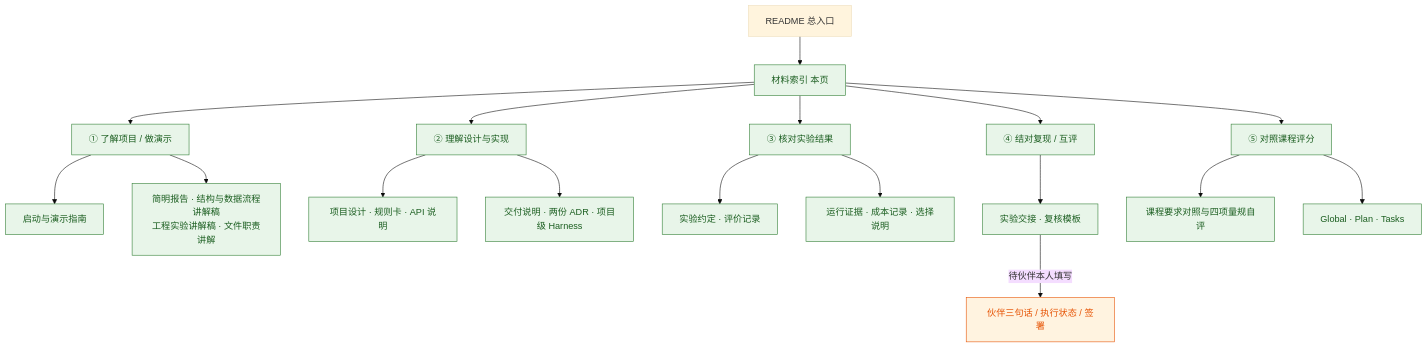
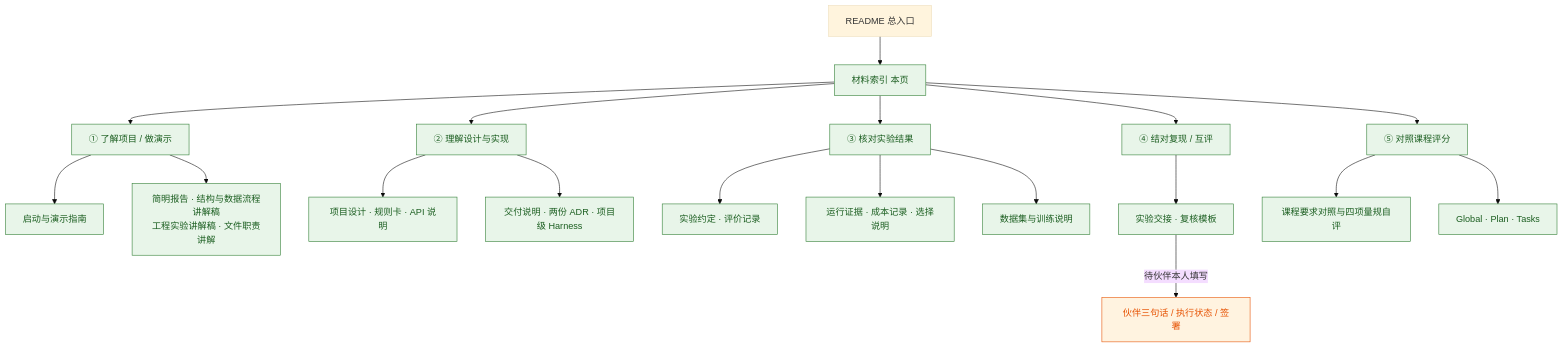
The diagram in docs/材料索引.md (xjh353/webAutoLog), drawn with Mermaid (base theme) before and after one commit. The commit also changed other lines of this file and 1 other file, not shown here.

Commit message:
docs: 补数据集与训练微调说明，满足表单其他项

````diff
--- a/docs/材料索引.md
+++ b/docs/材料索引.md
@@ -54,29 +54,30 @@
 ```mermaid
 flowchart TD
     R["README 总入口"] --> IDX["材料索引 本页"]
     IDX --> L1["① 了解项目 / 做演示"]
     IDX --> L2["② 理解设计与实现"]
     IDX --> L3["③ 核对实验结果"]
     IDX --> L4["④ 结对复现 / 互评"]
     IDX --> L5["⑤ 对照课程评分"]
 
     L1 --> P1["启动与演示指南"]
     L1 --> P2["简明报告 · 结构与数据流程讲解稿<br/>工程实验讲解稿 · 文件职责讲解"]
 
     L2 --> D1["项目设计 · 规则卡 · API 说明"]
     L2 --> D2["交付说明 · 两份 ADR · 项目级 Harness"]
 
     L3 --> E1["实验约定 · 评价记录"]
     L3 --> E2["运行证据 · 成本记录 · 选择说明"]
+    L3 --> E3["数据集与训练说明"]
 
     L4 --> C1["实验交接 · 复核模板"]
     C1 -->|待伙伴本人填写| C2["伙伴三句话 / 执行状态 / 签署"]
 
     L5 --> G1["课程要求对照与四项量规自评"]
     L5 --> G2["Global · Plan · Tasks"]
 
     classDef done fill:#e8f5e9,stroke:#2e7d32,color:#1b5e20;
     classDef todo fill:#fff3e0,stroke:#e65100,color:#e65100;
-    class IDX,L1,L2,L3,L4,L5,P1,P2,D1,D2,E1,E2,C1,G1,G2 done;
+    class IDX,L1,L2,L3,L4,L5,P1,P2,D1,D2,E1,E2,E3,C1,G1,G2 done;
     class C2 todo;
 ```
````
